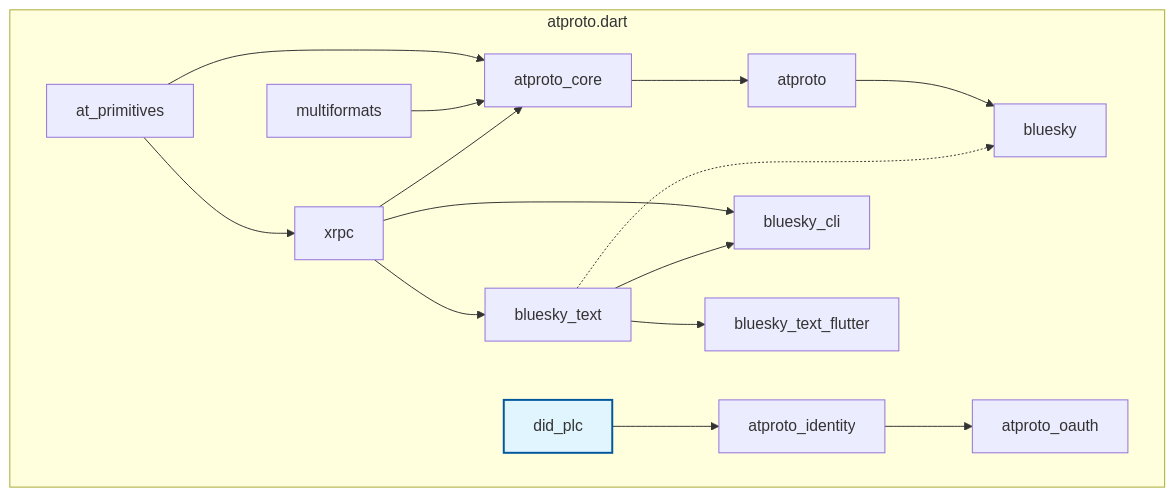
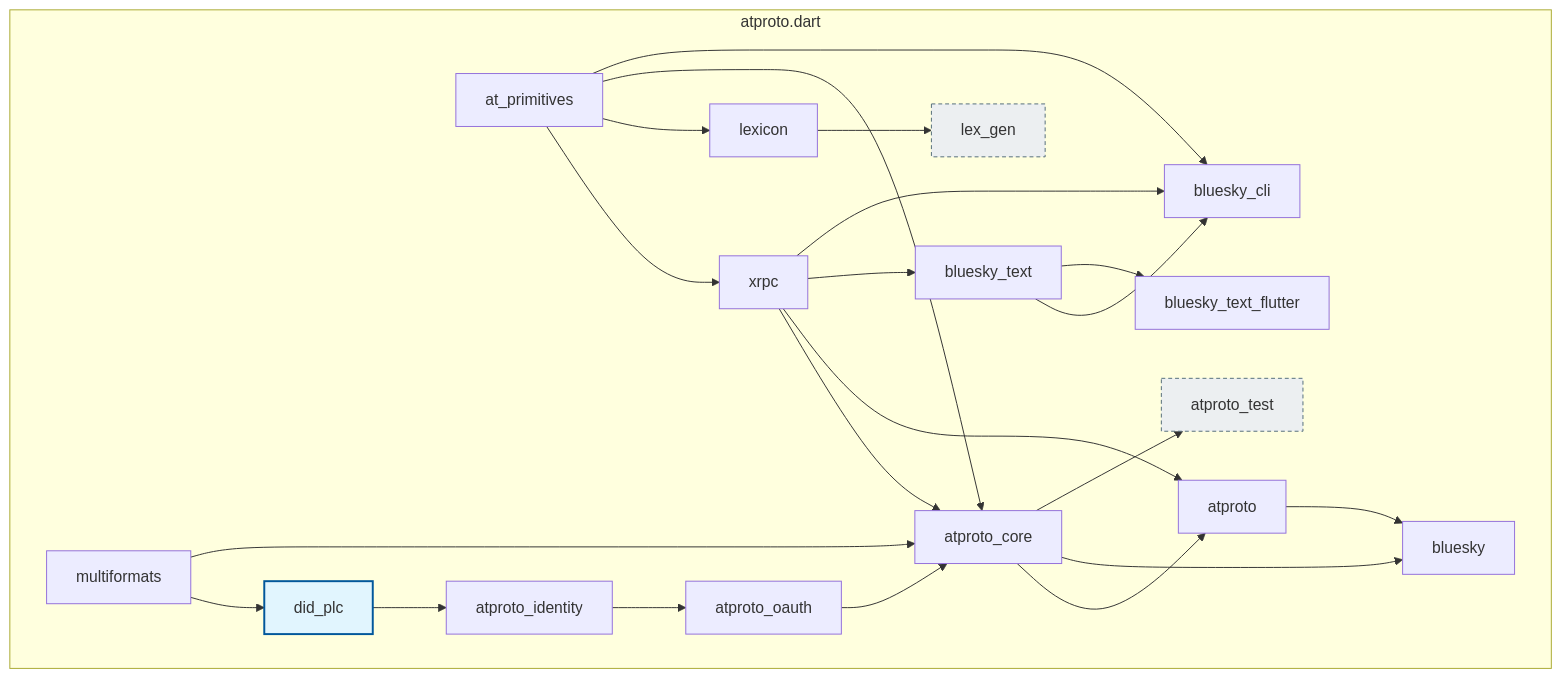
Before and after one commit to myConsciousness/atproto.dart: the diagram in website/docs/packages/overview.md, drawn with Mermaid. The commit also changed other lines of this file and 13 other files, not shown here.

````diff
--- a/website/docs/packages/overview.md
+++ b/website/docs/packages/overview.md
@@ -67,25 +83,36 @@
 ```mermaid
 flowchart TD
     subgraph atproto.dart
+    at_primitives --> xrpc;
+    at_primitives --> lexicon;
     at_primitives --> atproto_core;
+    at_primitives --> bluesky_cli;
+
+    lexicon --> lex_gen;
+
+    multiformats --> did_plc;
     multiformats --> atproto_core;
-
-    at_primitives --> xrpc;
-    xrpc --> atproto_core;
-
-    atproto_core --> atproto;
-    atproto --> bluesky;
 
     did_plc --> atproto_identity;
     atproto_identity --> atproto_oauth;
+    atproto_oauth --> atproto_core;
 
-    xrpc --> bluesky_text
-    xrpc --> bluesky_cli
+    xrpc --> atproto_core;
+    xrpc --> atproto;
+    xrpc --> bluesky_text;
+    xrpc --> bluesky_cli;
 
-    bluesky_text -.-> bluesky
-    bluesky_text --> bluesky_cli
-    bluesky_text --> bluesky_text_flutter
+    atproto_core --> atproto;
+    atproto_core --> bluesky;
+    atproto --> bluesky;
+
+    bluesky_text --> bluesky_cli;
+    bluesky_text --> bluesky_text_flutter;
+
+    atproto_core --> atproto_test;
 
     style did_plc fill:#e1f5fe,stroke:#01579b,stroke-width:2px
+    style lex_gen fill:#eceff1,stroke:#546e7a,stroke-dasharray: 4 3
+    style atproto_test fill:#eceff1,stroke:#546e7a,stroke-dasharray: 4 3
     end
 ```
````
